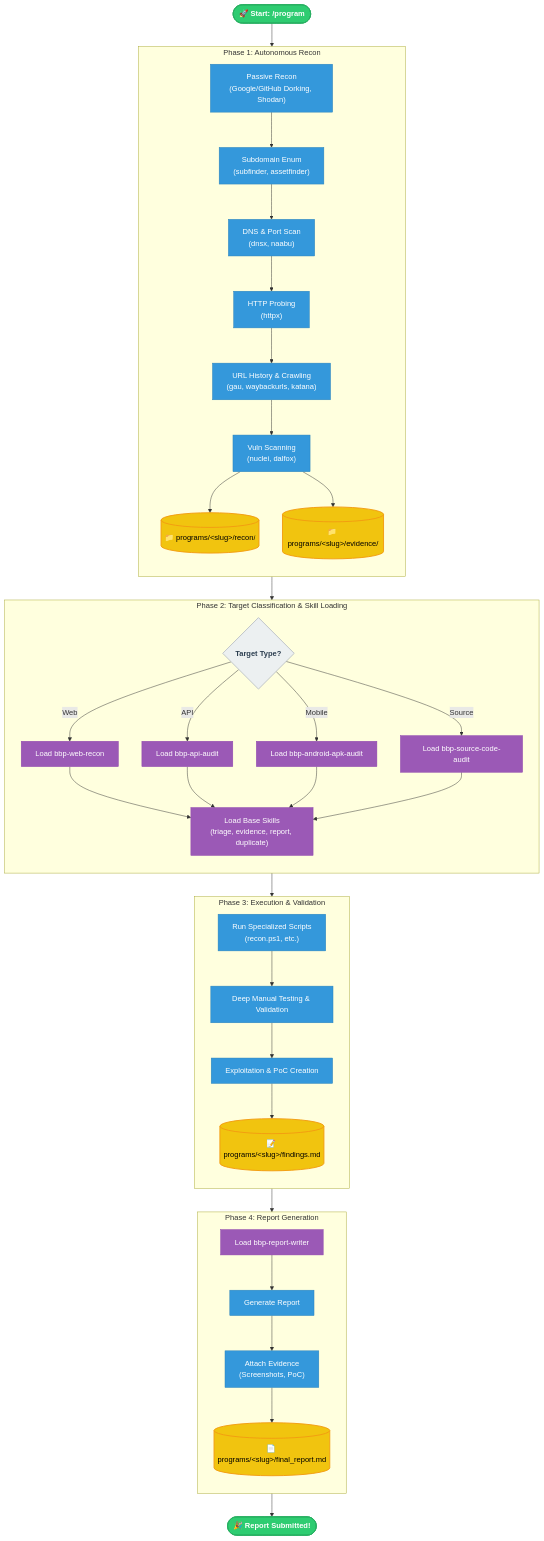
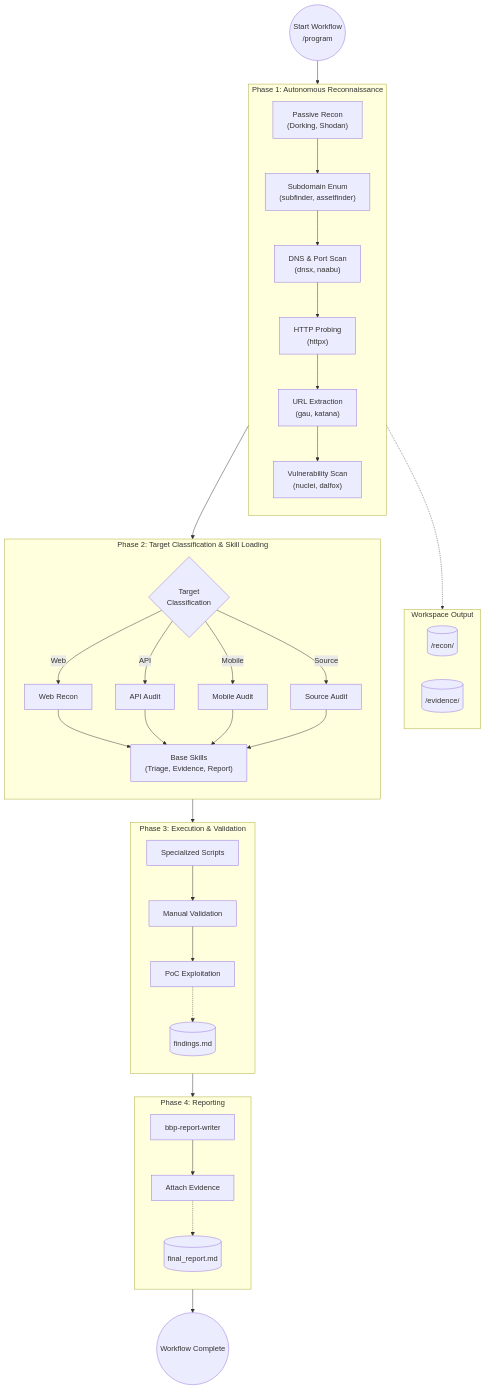
Before and after one commit to BMNTR/BugBounty: the diagram in README.md, drawn with Mermaid.

Commit message:
docs: redesign pipeline diagram for a cleaner, professional look

````diff
--- a/README.md
+++ b/README.md
@@ -83,61 +83,68 @@
 ```mermaid
 flowchart TD
-    %% Styling definitions
-    classDef startend fill:#2ecc71,stroke:#27ae60,stroke-width:2px,color:#fff,font-weight:bold
-    classDef phase fill:#ecf0f1,stroke:#bdc3c7,stroke-width:2px,color:#2c3e50,font-weight:bold
-    classDef action fill:#3498db,stroke:#2980b9,stroke-width:1px,color:#fff
-    classDef tool fill:#9b59b6,stroke:#8e44ad,stroke-width:1px,color:#fff
-    classDef storage fill:#f1c40f,stroke:#f39c12,stroke-width:2px,color:#000
-
-    %% Main flow
-    Start(["🚀 Start: /program <url>"]):::startend --> Phase1
-
-    %% Phase 1: Recon
-    subgraph Phase1 [Phase 1: Autonomous Recon]
+    %% Node Definitions
+    Start(("Start Workflow\n/program <url>"))
+    
+    subgraph Phase1 ["Phase 1: Autonomous Reconnaissance"]
         direction TB
-        R1["Passive Recon<br>(Google/GitHub Dorking, Shodan)"]:::action --> R2["Subdomain Enum<br>(subfinder, assetfinder)"]:::action
-        R2 --> R3["DNS & Port Scan<br>(dnsx, naabu)"]:::action
-        R3 --> R4["HTTP Probing<br>(httpx)"]:::action
-        R4 --> R5["URL History & Crawling<br>(gau, waybackurls, katana)"]:::action
-        R5 --> R6["Vuln Scanning<br>(nuclei, dalfox)"]:::action
+        R1["Passive Recon\n(Dorking, Shodan)"]
+        R2["Subdomain Enum\n(subfinder, assetfinder)"]
+        R3["DNS & Port Scan\n(dnsx, naabu)"]
+        R4["HTTP Probing\n(httpx)"]
+        R5["URL Extraction\n(gau, katana)"]
+        R6["Vulnerability Scan\n(nuclei, dalfox)"]
         
-        R6 --> DB1[("📁 programs/&lt;slug&gt;/recon/")]:::storage
-        R6 --> DB2[("📁 programs/&lt;slug&gt;/evidence/")]:::storage
+        R1 --> R2 --> R3 --> R4 --> R5 --> R6
     end
 
-    Phase1 --> Phase2
-
-    %% Phase 2: Classification
-    subgraph Phase2 [Phase 2: Target Classification & Skill Loading]
-        direction TB
-        C1{"Target Type?"}:::phase
-        C1 -- Web --> T1["Load bbp-web-recon"]:::tool
-        C1 -- API --> T2["Load bbp-api-audit"]:::tool
-        C1 -- Mobile --> T3["Load bbp-android-apk-audit"]:::tool
-        C1 -- Source --> T4["Load bbp-source-code-audit"]:::tool
-        
-        T1 & T2 & T3 & T4 --> C2["Load Base Skills<br>(triage, evidence, report, duplicate)"]:::tool
+    subgraph Storage1 ["Workspace Output"]
+        DB1[("/recon/")]
+        DB2[("/evidence/")]
     end
 
-    Phase2 --> Phase3
-
-    %% Phase 3: Execution
-    subgraph Phase3 [Phase 3: Execution & Validation]
+    subgraph Phase2 ["Phase 2: Target Classification & Skill Loading"]
         direction TB
-        E1["Run Specialized Scripts<br>(recon.ps1, etc.)"]:::action --> E2["Deep Manual Testing & Validation"]:::action
-        E2 --> E3["Exploitation & PoC Creation"]:::action
-        E3 --> DB3[("📝 programs/&lt;slug&gt;/findings.md")]:::storage
+        C1{"Target\nClassification"}
+        T1["Web Recon"]
+        T2["API Audit"]
+        T3["Mobile Audit"]
+        T4["Source Audit"]
+        Base["Base Skills\n(Triage, Evidence, Report)"]
+        
+        C1 -->|Web| T1
+        C1 -->|API| T2
+        C1 -->|Mobile| T3
+        C1 -->|Source| T4
+        
+        T1 & T2 & T3 & T4 --> Base
     end
 
-    Phase3 --> Phase4
-
-    %% Phase 4: Reporting
-    subgraph Phase4 [Phase 4: Report Generation]
+    subgraph Phase3 ["Phase 3: Execution & Validation"]
         direction TB
-        Rep1["Load bbp-report-writer"]:::tool --> Rep2["Generate Report"]:::action
-        Rep2 --> Rep3["Attach Evidence<br>(Screenshots, PoC)"]:::action
-        Rep3 --> DB4[("📄 programs/&lt;slug&gt;/final_report.md")]:::storage
+        E1["Specialized Scripts"]
+        E2["Manual Validation"]
+        E3["PoC Exploitation"]
+        DB3[("findings.md")]
+        
+        E1 --> E2 --> E3 -.-> DB3
     end
 
-    Phase4 --> Finish(["🎉 Report Submitted!"]):::startend
+    subgraph Phase4 ["Phase 4: Reporting"]
+        direction TB
+        Rep1["bbp-report-writer"]
+        Rep2["Attach Evidence"]
+        DB4[("final_report.md")]
+        
+        Rep1 --> Rep2 -.-> DB4
+    end
+    
+    Finish(("Workflow Complete"))
+
+    %% Flow connections
+    Start --> Phase1
+    R6 -.-> Storage1
+    Phase1 --> Phase2
+    Phase2 --> Phase3
+    Phase3 --> Phase4
+    Phase4 --> Finish
 ```
````
